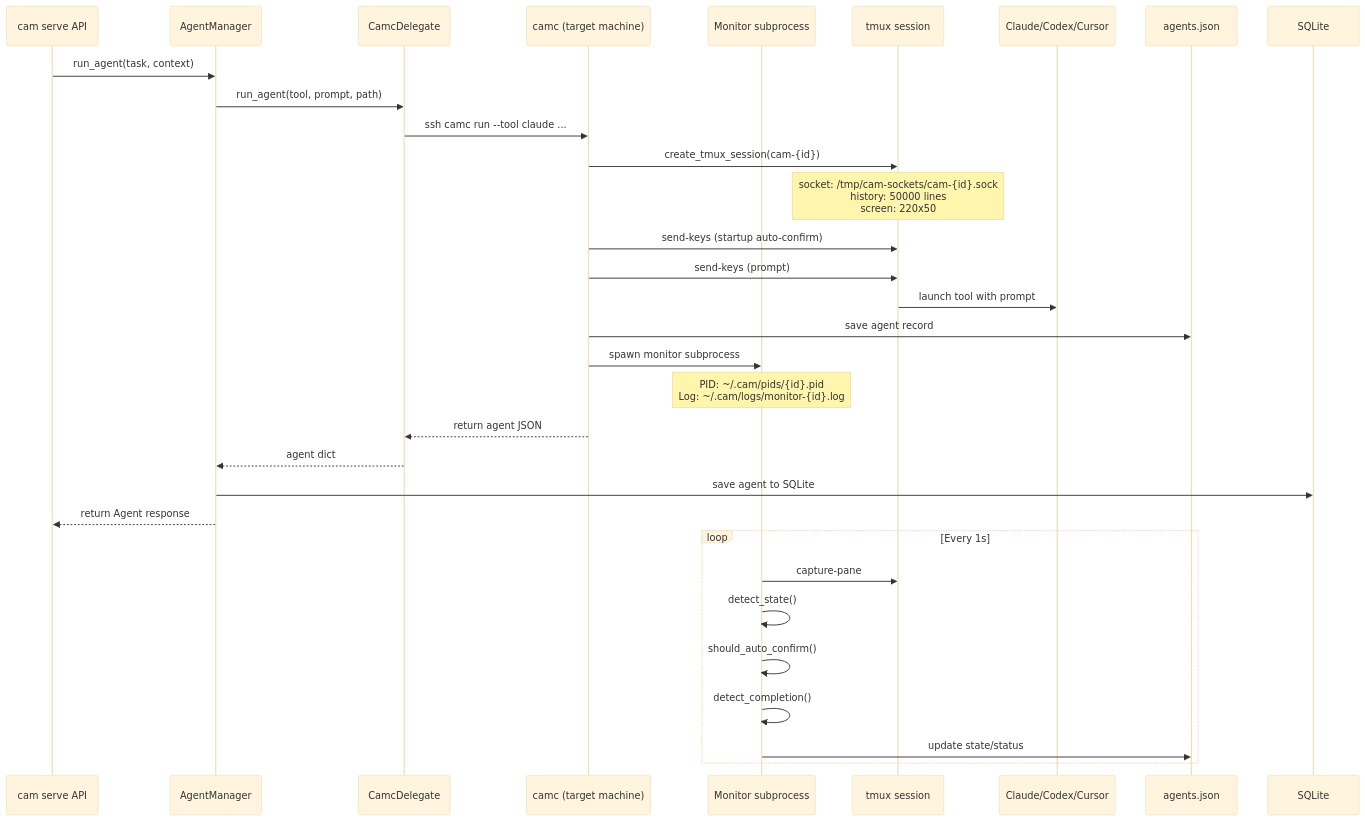
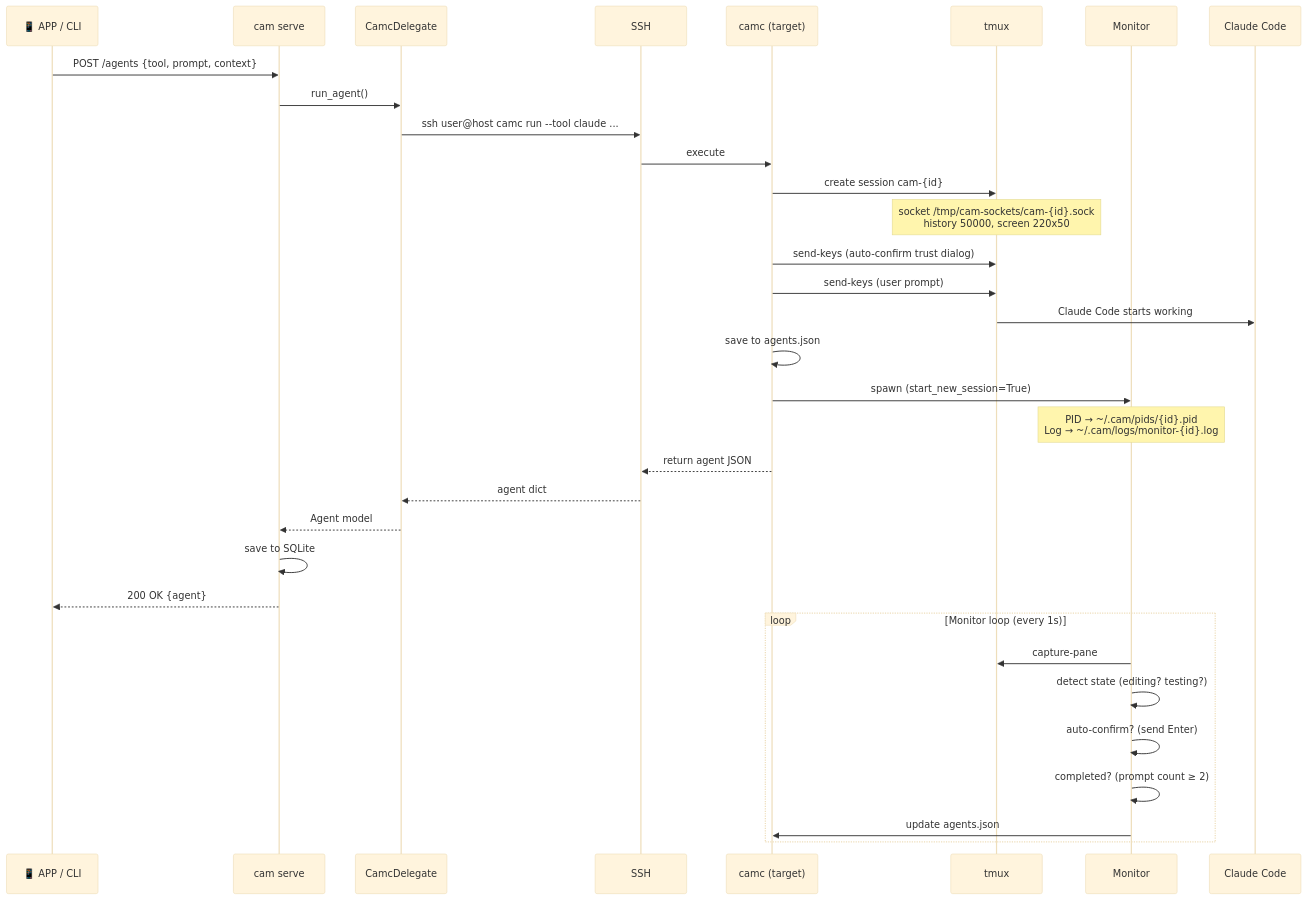
One commit to orlunix/cam changed the fifth of 9 diagrams in docs/architecture-mermaid.md. Above: the diagram before and after it, drawn with Mermaid (base theme). The commit also changed other lines of this file, not shown here.

First line of the commit message:
Rewrite Mermaid diagrams: deployment topology with multiple camc instances

````diff
--- a/docs/architecture-mermaid.md
+++ b/docs/architecture-mermaid.md
@@ -155,40 +347,41 @@
 ```mermaid
 sequenceDiagram
-    participant API as cam serve API
-    participant AM as AgentManager
+    participant App as 📱 APP / CLI
+    participant Serve as cam serve
     participant CD as CamcDelegate
-    participant CAMC as camc (target machine)
-    participant Mon as Monitor subprocess
-    participant Tmux as tmux session
-    participant Tool as Claude/Codex/Cursor
-    participant Store as agents.json
-    participant SQL as SQLite
+    participant SSH as SSH
+    participant CAMC as camc (target)
+    participant Tmux as tmux
+    participant Mon as Monitor
+    participant Tool as Claude Code
 
-    API->>AM: run_agent(task, context)
-    AM->>CD: run_agent(tool, prompt, path)
-    CD->>CAMC: ssh camc run --tool claude ...
+    App->>Serve: POST /agents {tool, prompt, context}
+    Serve->>CD: run_agent()
+    CD->>SSH: ssh user@host camc run --tool claude ...
+    SSH->>CAMC: execute
 
-    CAMC->>Tmux: create_tmux_session(cam-{id})
-    Note over Tmux: socket: /tmp/cam-sockets/cam-{id}.sock<br/>history: 50000 lines<br/>screen: 220x50
+    CAMC->>Tmux: create session cam-{id}
+    Note over Tmux: socket /tmp/cam-sockets/cam-{id}.sock<br/>history 50000, screen 220x50
 
-    CAMC->>Tmux: send-keys (startup auto-confirm)
-    CAMC->>Tmux: send-keys (prompt)
-    Tmux->>Tool: launch tool with prompt
+    CAMC->>Tmux: send-keys (auto-confirm trust dialog)
+    CAMC->>Tmux: send-keys (user prompt)
+    Tmux->>Tool: Claude Code starts working
 
-    CAMC->>Store: save agent record
-    CAMC->>Mon: spawn monitor subprocess
-    Note over Mon: PID: ~/.cam/pids/{id}.pid<br/>Log: ~/.cam/logs/monitor-{id}.log
+    CAMC->>CAMC: save to agents.json
+    CAMC->>Mon: spawn (start_new_session=True)
+    Note over Mon: PID → ~/.cam/pids/{id}.pid<br/>Log → ~/.cam/logs/monitor-{id}.log
 
-    CAMC-->>CD: return agent JSON
-    CD-->>AM: agent dict
-    AM->>SQL: save agent to SQLite
-    AM-->>API: return Agent response
+    CAMC-->>SSH: return agent JSON
+    SSH-->>CD: agent dict
+    CD-->>Serve: Agent model
+    Serve->>Serve: save to SQLite
+    Serve-->>App: 200 OK {agent}
 
-    loop Every 1s
+    loop Monitor loop (every 1s)
         Mon->>Tmux: capture-pane
-        Mon->>Mon: detect_state()
-        Mon->>Mon: should_auto_confirm()
-        Mon->>Mon: detect_completion()
-        Mon->>Store: update state/status
+        Mon->>Mon: detect state (editing? testing?)
+        Mon->>Mon: auto-confirm? (send Enter)
+        Mon->>Mon: completed? (prompt count ≥ 2)
+        Mon->>CAMC: update agents.json
     end
 ```
````
